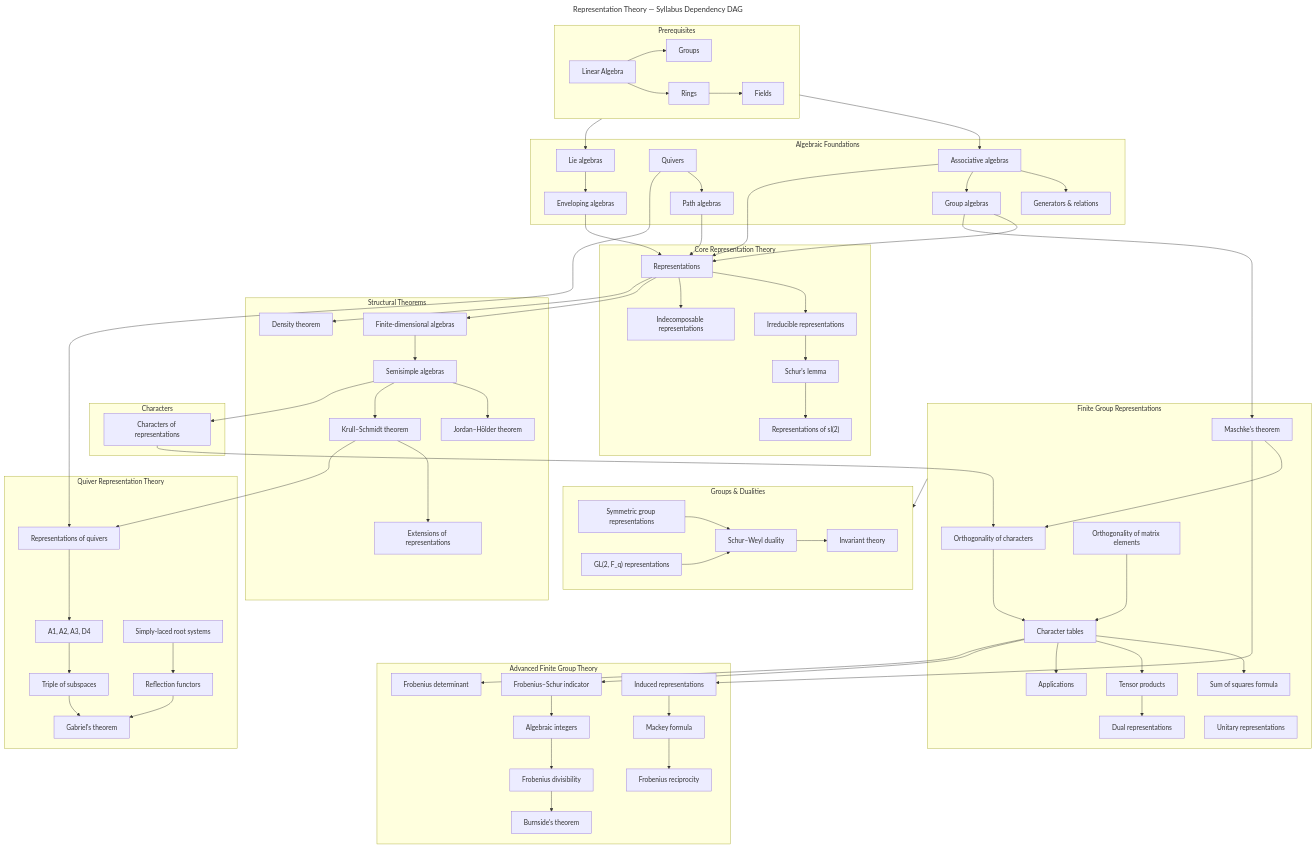
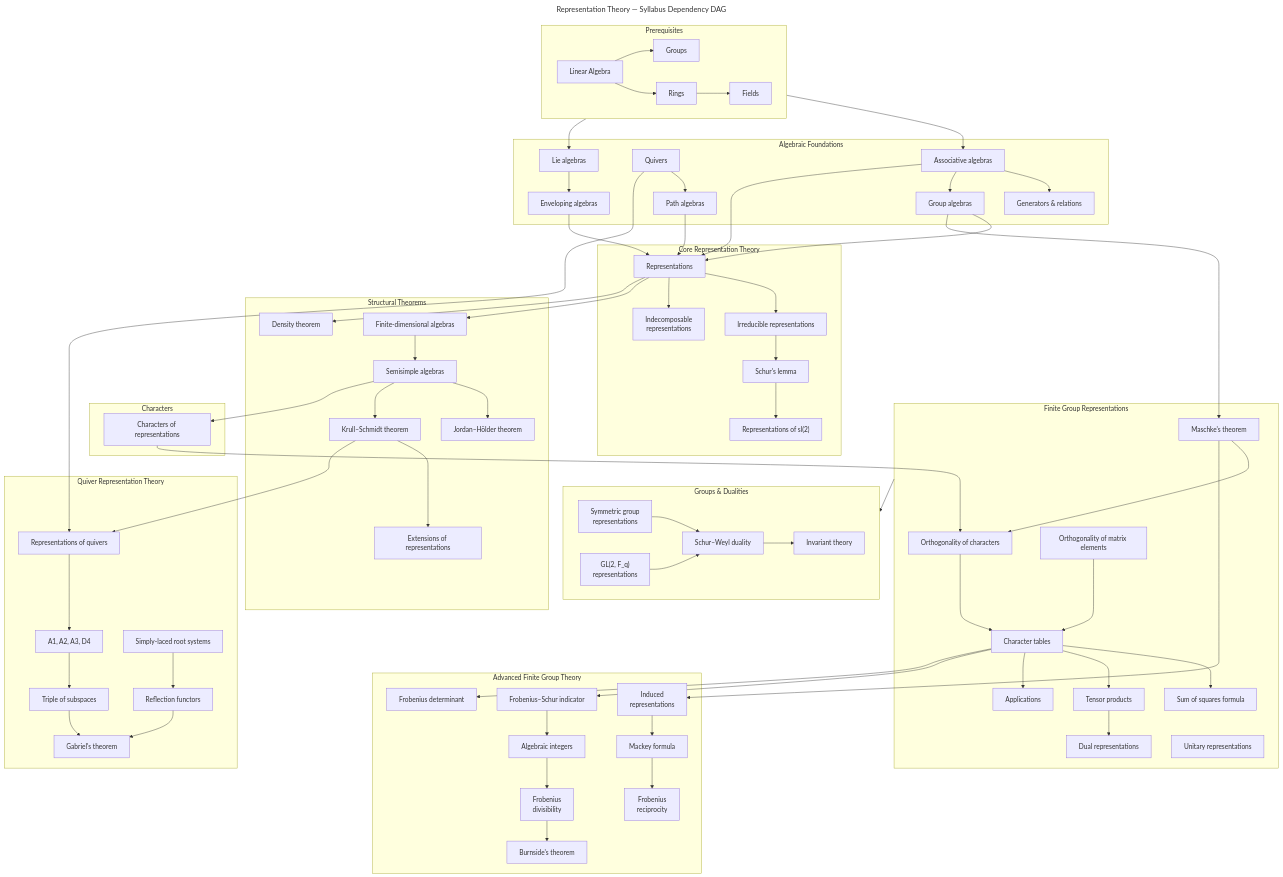
One commit to sohale/cs-glossaries changed the fourth of 4 diagrams in math-ml/representation-theory.md. Above: the diagram before and after it, drawn with Mermaid.

```diff
--- a/math-ml/representation-theory.md
+++ b/math-ml/representation-theory.md
@@ -188,7 +188,7 @@
 subgraph core [Core Representation Theory]
     Reps[Representations]
     Irred[Irreducible representations]
-    Indecomp[Indecomposable representations]
+    Indecomp[Indecomposable<br>representations]
     Schur[Schur's lemma]
     SL2["Representations of sl(2)"]
 
@@ -265,11 +265,11 @@
     FS[Frobenius–Schur indicator]
     FD[Frobenius determinant]
     AlgInt[Algebraic integers]
-    Frobd[Frobenius divisibility]
+    Frobd[Frobenius  <br> divisibility]
     Burnside[Burnside's theorem]
-    Induced[Induced representations]
+    Induced[Induced  <br> representations]
     Mackey[Mackey formula]
-    Reciprocity[Frobenius reciprocity]
+    Reciprocity[Frobenius  <br> reciprocity]
 
     Induced --> Mackey
     Mackey --> Reciprocity
@@ -286,8 +286,8 @@
 %% Families and Dualities
 %% =========================
 subgraph families [Groups & Dualities]
-    GL2["GL(2, F_q) representations"]
-    Symmetric[Symmetric group representations]
+    GL2["GL(2, F_q)<br>representations"]
+    Symmetric[Symmetric group <br> representations]
     SchurWeyl[Schur–Weyl duality]
     Invariant[Invariant theory]
 
```
